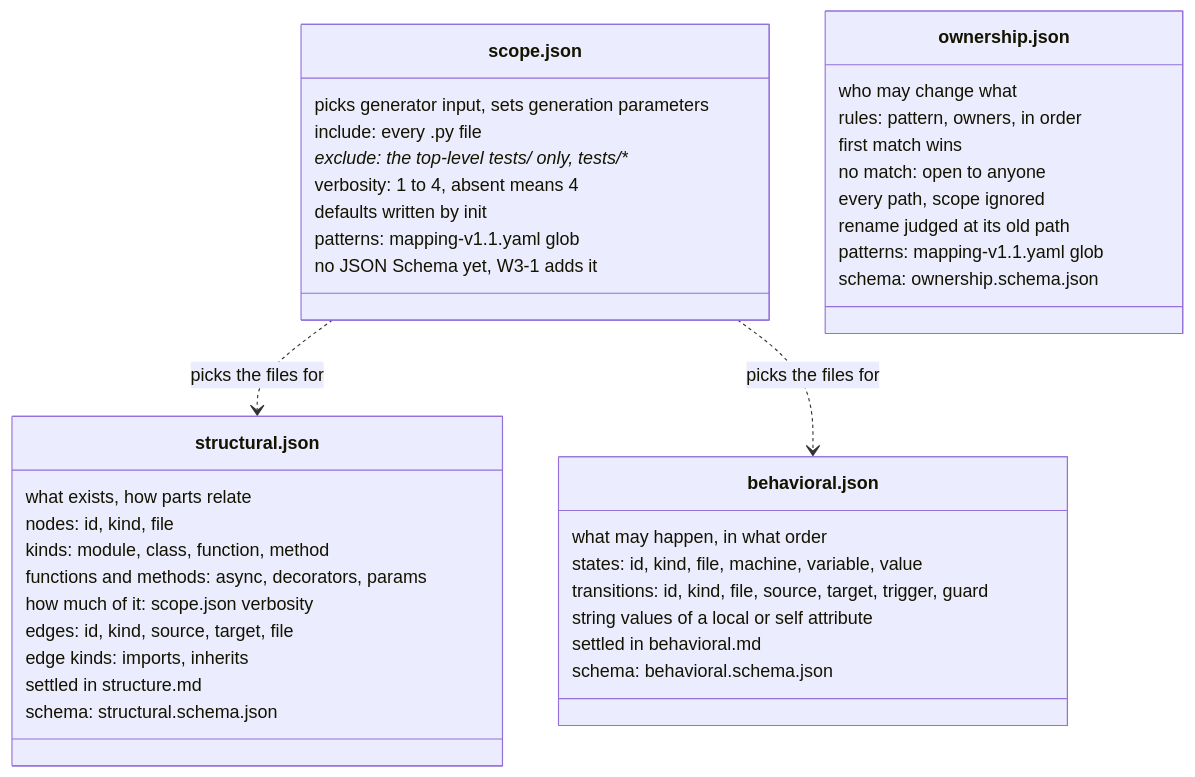
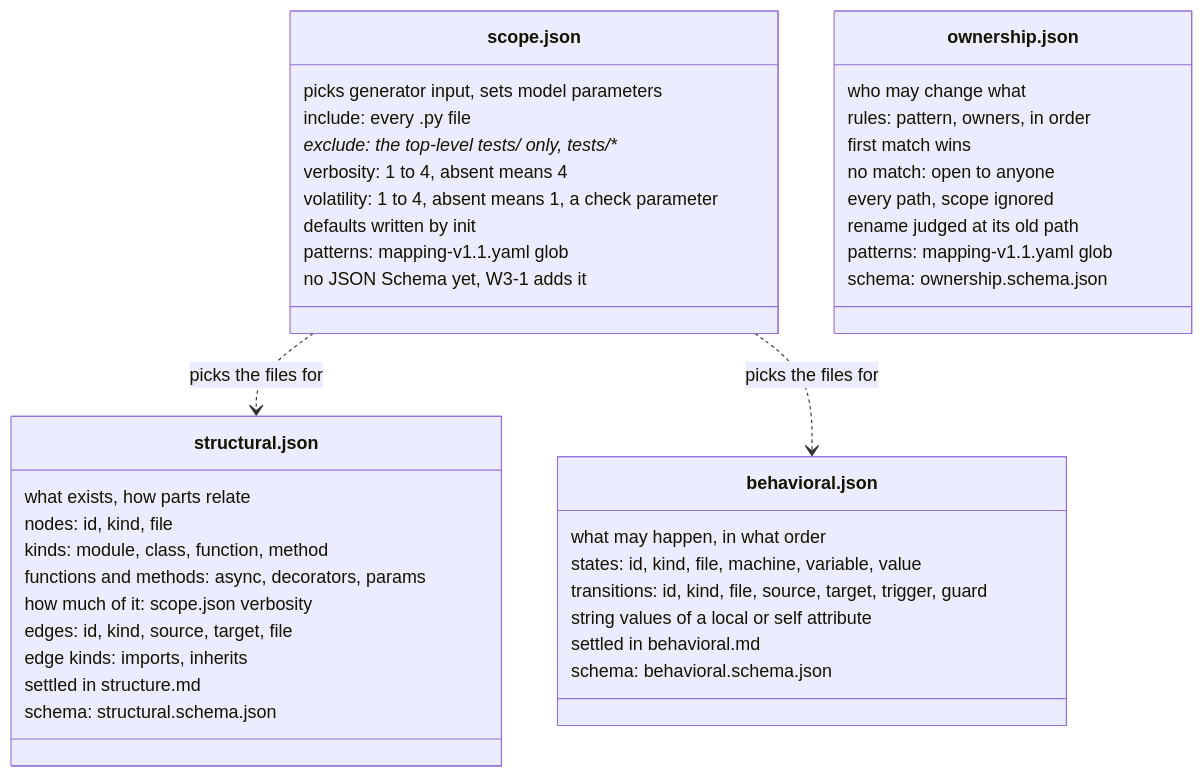
The diagram in docs/diagrams/models-folder.md (MuhammadSban/DocumentationModelDrifter), drawn with Mermaid before and after one commit. The commit also changed other lines of this file and 3 other files, not shown here.

````diff
--- a/docs/diagrams/models-folder.md
+++ b/docs/diagrams/models-folder.md
@@ -7,47 +7,48 @@
 ```mermaid
 classDiagram
     accTitle: The four files in /models
     accDescr: scope.json picks which files feed the structural and behavioral generators. structural.json holds nodes and edges, behavioral.json states and transitions, ownership.json an ordered list of rules.
 
     class scope["scope.json"] {
-        picks generator input, sets generation parameters
+        picks generator input, sets model parameters
         include: every .py file
         exclude: the top-level tests/ only, tests/**
         verbosity: 1 to 4, absent means 4
+        volatility: 1 to 4, absent means 1, a check parameter
         defaults written by init
         patterns: mapping-v1.1.yaml glob
         no JSON Schema yet, W3-1 adds it
     }
     class structural["structural.json"] {
         what exists, how parts relate
         nodes: id, kind, file
         kinds: module, class, function, method
         functions and methods: async, decorators, params
         how much of it: scope.json verbosity
         edges: id, kind, source, target, file
         edge kinds: imports, inherits
         settled in structure.md
         schema: structural.schema.json
     }
     class behavioral["behavioral.json"] {
         what may happen, in what order
         states: id, kind, file, machine, variable, value
         transitions: id, kind, file, source, target, trigger, guard
         string values of a local or self attribute
         settled in behavioral.md
         schema: behavioral.schema.json
     }
     class ownership["ownership.json"] {
         who may change what
         rules: pattern, owners, in order
         first match wins
         no match: open to anyone
         every path, scope ignored
         rename judged at its old path
         patterns: mapping-v1.1.yaml glob
         schema: ownership.schema.json
     }
 
     scope ..> structural : picks the files for
     scope ..> behavioral : picks the files for
 ```
````
